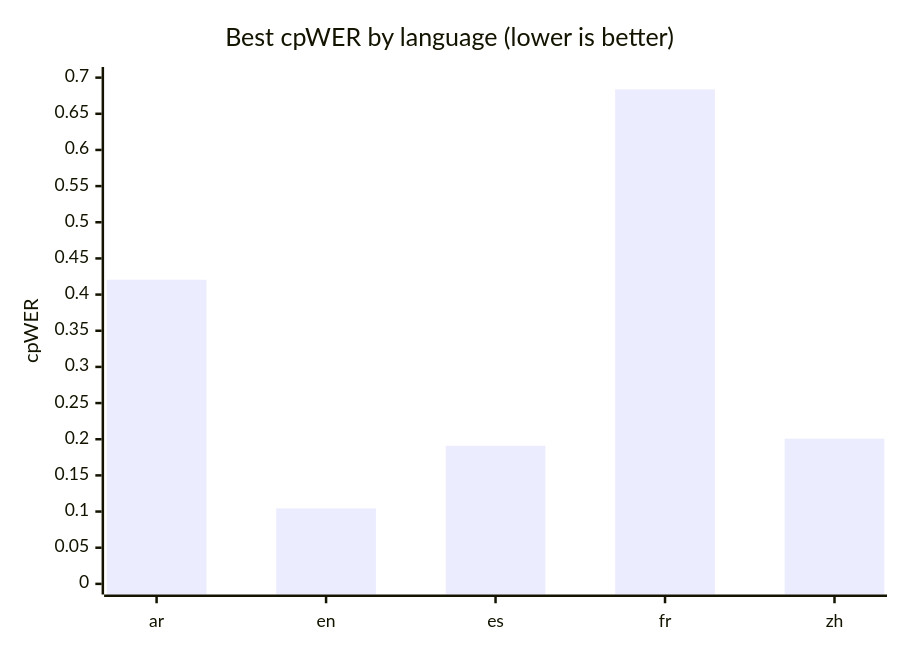
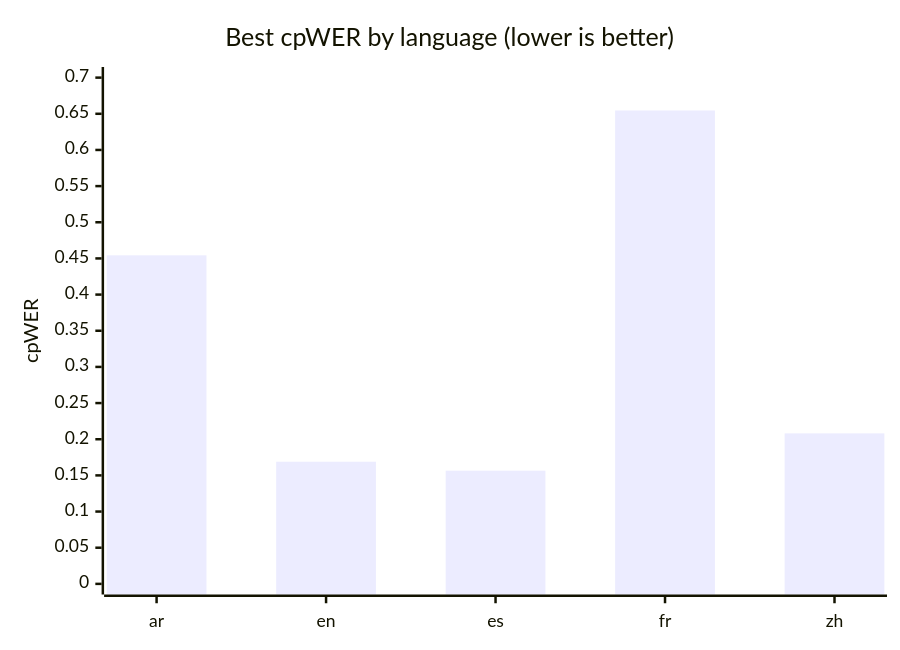
Before and after one commit to nkhaloo/speech-stack-benchmark: the fifth of 5 diagrams in docs/results.md, drawn with Mermaid. The commit also changed other lines of this file and 1 other file, not shown here.

````diff
--- a/docs/results.md
+++ b/docs/results.md
@@ -216,7 +240,7 @@
 ```mermaid
 xychart-beta
     title "Best cpWER by language (lower is better)"
     x-axis ["ar", "en", "es", "fr", "zh"]
     y-axis "cpWER" 0 --> 0.7
-    bar [0.4205, 0.1044, 0.191, 0.6838, 0.2008]
+    bar [0.4543, 0.1689, 0.1565, 0.6546, 0.2081]
 ```
````
